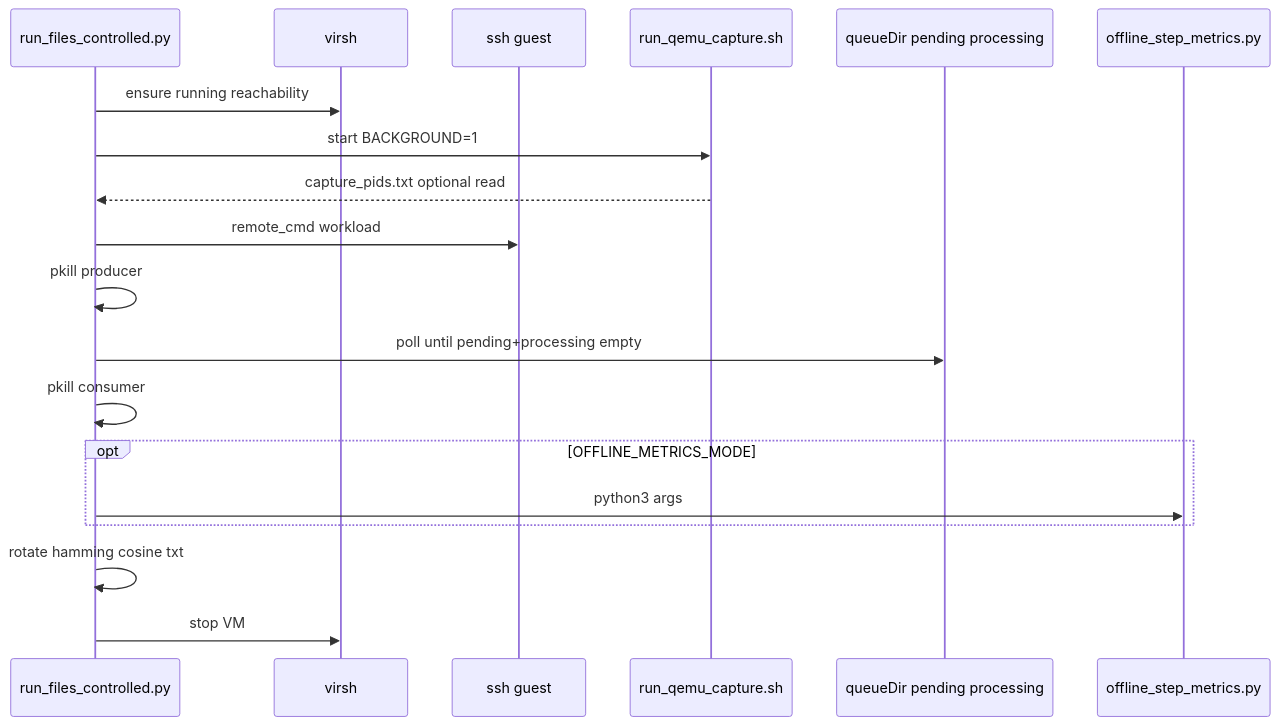
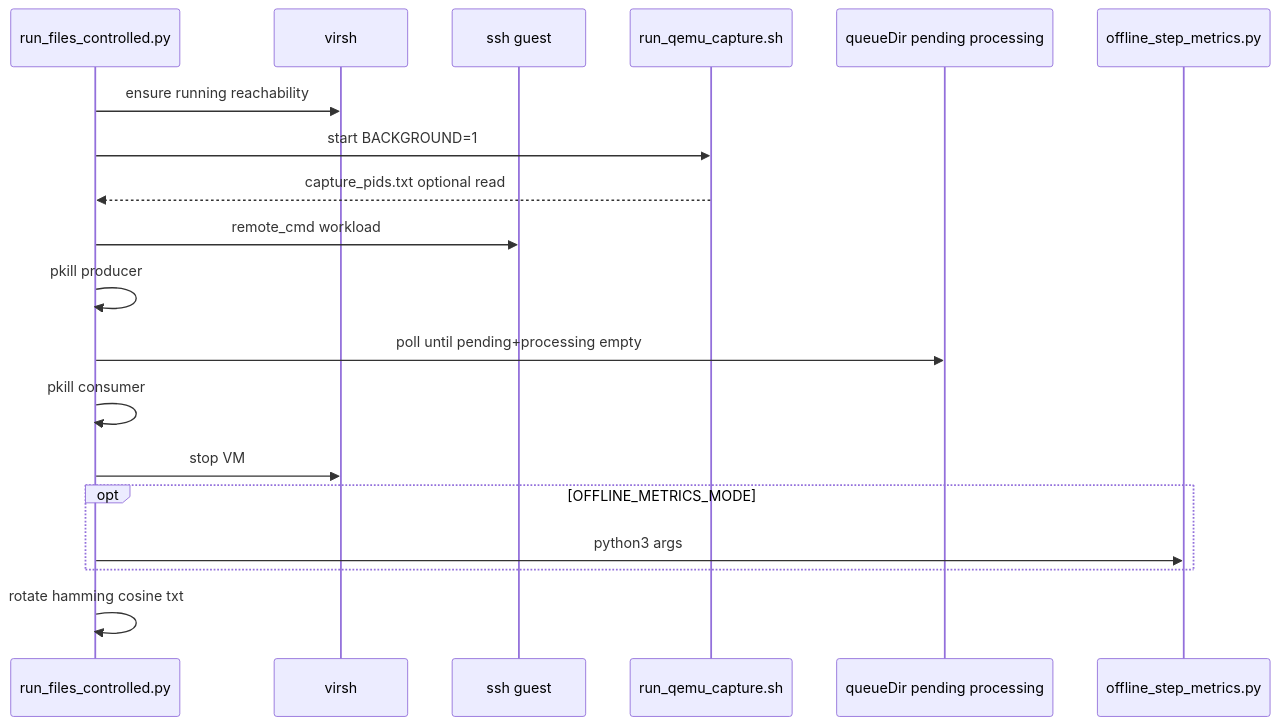
One commit to jerieskh99/memorySignal changed the second of 2 diagrams in docs/ACTIVE_PIPELINE_FILE_MAP.md. Above: the diagram before and after it, drawn with Mermaid. The commit also changed other lines of this file and 8 other files, not shown here.

````diff
--- a/docs/ACTIVE_PIPELINE_FILE_MAP.md
+++ b/docs/ACTIVE_PIPELINE_FILE_MAP.md
@@ -144,21 +144,21 @@
 ```mermaid
 sequenceDiagram
     participant R as run_files_controlled.py
     participant V as virsh
     participant S as ssh guest
     participant L as run_qemu_capture.sh
     participant Q as queueDir pending processing
     participant O as offline_step_metrics.py
     R->>V: ensure running reachability
     R->>L: start BACKGROUND=1
     L-->>R: capture_pids.txt optional read
     R->>S: remote_cmd workload
     R->>R: pkill producer
     R->>Q: poll until pending+processing empty
     R->>R: pkill consumer
+    R->>V: stop VM
     opt OFFLINE_METRICS_MODE
         R->>O: python3 args
     end
     R->>R: rotate hamming cosine txt
-    R->>V: stop VM
 ```
````
